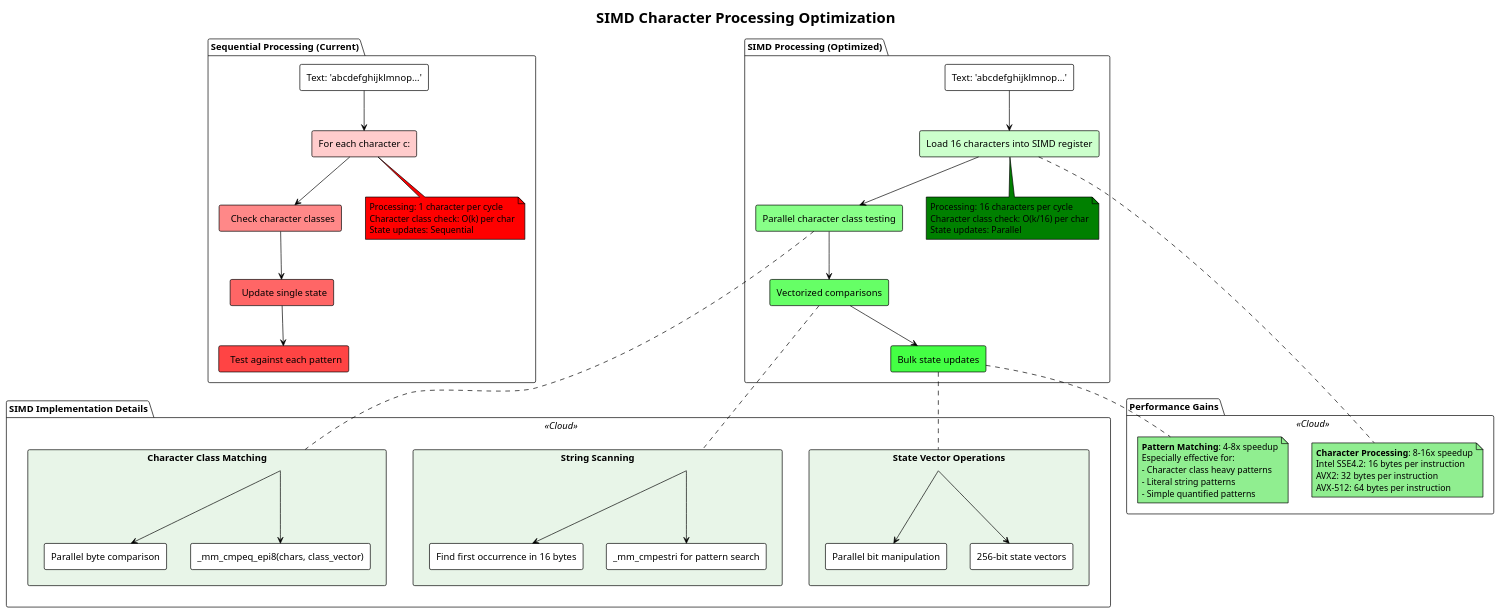
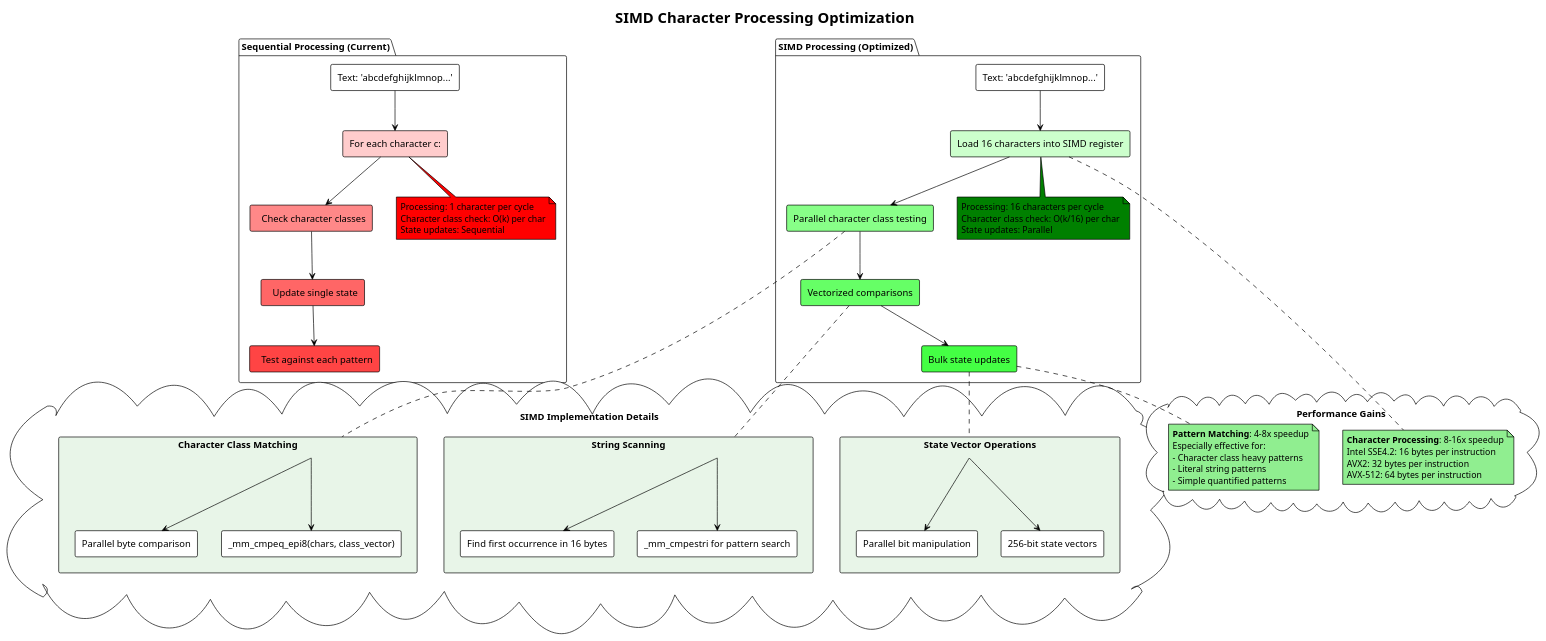
One commit to la3lma/rmatch changed the diagram in analysis/plantuml/simd-optimization.puml. Above: the diagram before and after it, drawn with PlantUML. The commit also changed 5 other files, not shown here.

Commit message:
Nicer diagrams (moe consistent clouds)

```diff
--- a/analysis/plantuml/simd-optimization.puml
+++ b/analysis/plantuml/simd-optimization.puml
@@ -1,89 +1,89 @@
 @startuml
 !theme plain
 title SIMD Character Processing Optimization
 
 package "Sequential Processing (Current)" {
   rectangle "Text: 'abcdefghijklmnop...'" as text1
   rectangle "For each character c:" as loop1 #ffcccc
   rectangle "  Check character classes" as check1 #ff8888
   rectangle "  Update single state" as update1 #ff6666
   rectangle "  Test against each pattern" as test1 #ff4444
   
   text1 --> loop1
   loop1 --> check1
   check1 --> update1
   update1 --> test1
   
   note bottom of loop1 #red
     Processing: 1 character per cycle
     Character class check: O(k) per char
     State updates: Sequential
   end note
 }
 
 package "SIMD Processing (Optimized)" {
   rectangle "Text: 'abcdefghijklmnop...'" as text2
   rectangle "Load 16 characters into SIMD register" as load #ccffcc
   rectangle "Parallel character class testing" as parallel #88ff88
   rectangle "Vectorized comparisons" as vector #66ff66
   rectangle "Bulk state updates" as bulk #44ff44
   
   text2 --> load
   load --> parallel
   parallel --> vector
   vector --> bulk
   
   note bottom of load #green
     Processing: 16 characters per cycle
     Character class check: O(k/16) per char
     State updates: Parallel
   end note
 }
 
-package "SIMD Implementation Details" <<Cloud>> {
+cloud "SIMD Implementation Details" as simddetails {
   rectangle "Character Class Matching" as ccm #e8f5e8 {
     rectangle "_mm_cmpeq_epi8(chars, class_vector)" as cmp
     rectangle "Parallel byte comparison" as pbyte
     ccm --> cmp
     ccm --> pbyte
   }
   
   rectangle "String Scanning" as ss #e8f5e8 {
     rectangle "_mm_cmpestri for pattern search" as search
     rectangle "Find first occurrence in 16 bytes" as find
     ss --> search
     ss --> find
   }
   
   rectangle "State Vector Operations" as svo #e8f5e8 {
     rectangle "256-bit state vectors" as state256
     rectangle "Parallel bit manipulation" as bitmanip
     svo --> state256
     svo --> bitmanip
   }
 }
 
-package "Performance Gains" <<Cloud>> {
+cloud "Performance Gains" as perfgains {
   note as gain1 #lightgreen
     **Character Processing**: 8-16x speedup
     Intel SSE4.2: 16 bytes per instruction
     AVX2: 32 bytes per instruction
     AVX-512: 64 bytes per instruction
   end note
   
   note as gain2 #lightgreen
     **Pattern Matching**: 4-8x speedup
     Especially effective for:
     - Character class heavy patterns
     - Literal string patterns  
     - Simple quantified patterns
   end note
 }
 
 parallel .. ccm
 vector .. ss
 bulk .. svo
 load .. gain1
 bulk .. gain2
 
 @enduml
```
